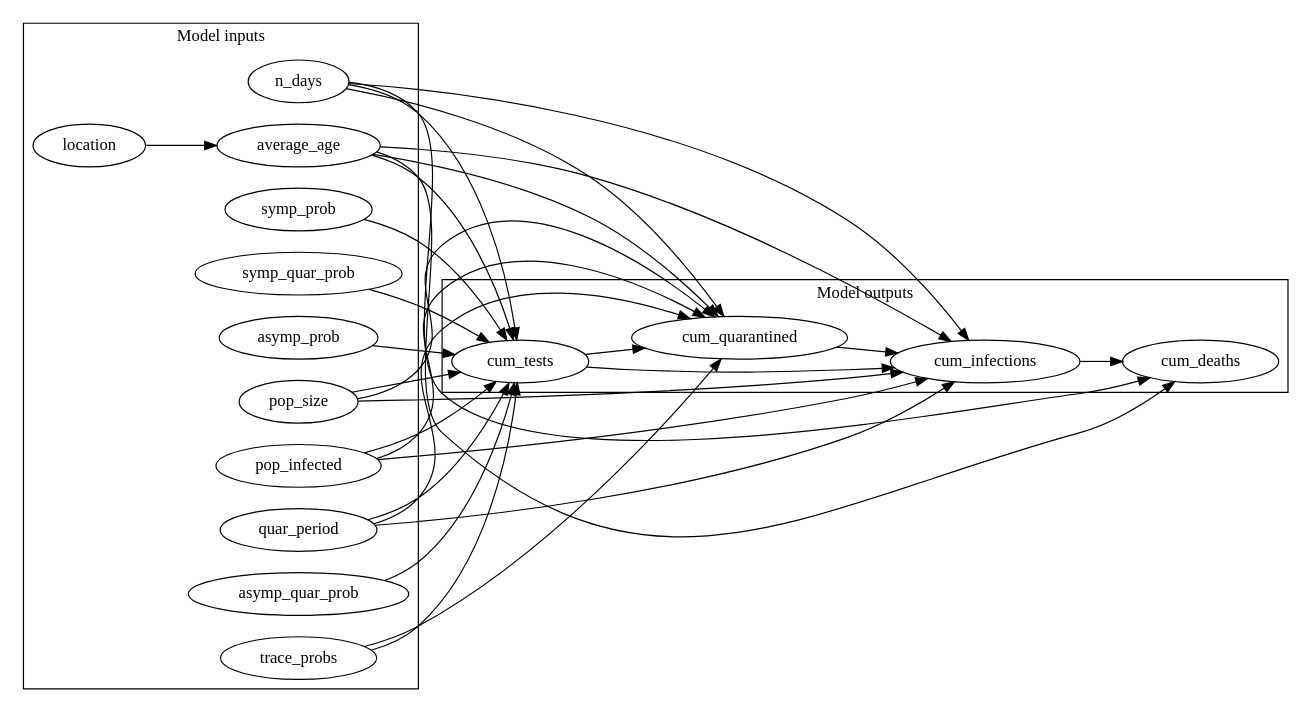
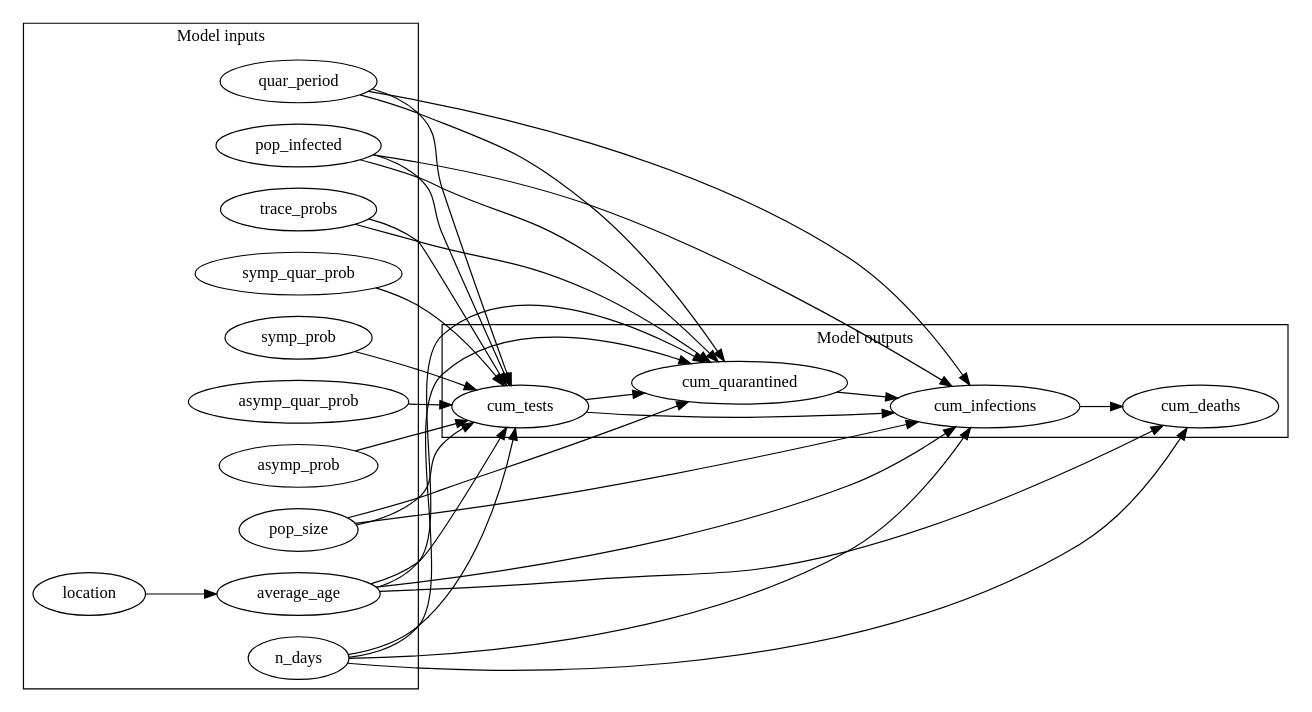
Before and after one commit to CITCOM-project/causcumber: the diagram in scenarios/abstract/dags/compare_interventions_basic.dot, drawn with Graphviz. The commit also changed other lines of this file and 6 other files, not shown here.

```diff
--- a/scenarios/abstract/dags/compare_interventions_basic.dot
+++ b/scenarios/abstract/dags/compare_interventions_basic.dot
@@ -1,54 +1,54 @@
 digraph "" {
 	graph [newrank=True,
 		rankdir=LR
 	];
+	subgraph cluster_inputs {
+		graph [label="Model inputs"];
+		symp_prob;
+		pop_size;
+		asymp_quar_prob;
+		average_age;
+		asymp_prob;
+		location;
+		n_days;
+		pop_infected;
+		symp_quar_prob;
+		quar_period;
+		trace_probs;
+	}
 	subgraph cluster_outputs {
 		graph [label="Model outputs"];
 		cum_deaths;
 		cum_quarantined;
+		cum_tests;
 		cum_infections;
-		cum_tests;
-	}
-	subgraph cluster_inputs {
-		graph [label="Model inputs"];
-		symp_prob;
-		trace_probs;
-		symp_quar_prob;
-		location;
-		asymp_quar_prob;
-		pop_size;
-		pop_infected;
-		quar_period;
-		n_days;
-		asymp_prob;
-		average_age;
 	}
 	symp_prob -> cum_tests;
+	pop_size -> cum_quarantined;
+	pop_size -> cum_tests;
+	pop_size -> cum_infections;
+	asymp_quar_prob -> cum_tests;
+	average_age -> cum_deaths;
+	average_age -> cum_quarantined;
+	average_age -> cum_tests;
+	average_age -> cum_infections;
+	asymp_prob -> cum_tests;
+	location -> average_age;
+	n_days -> cum_deaths;
+	n_days -> cum_quarantined;
+	n_days -> cum_tests;
+	n_days -> cum_infections;
+	pop_infected -> cum_quarantined;
+	pop_infected -> cum_tests;
+	pop_infected -> cum_infections;
+	symp_quar_prob -> cum_tests;
+	quar_period -> cum_quarantined;
+	quar_period -> cum_tests;
+	quar_period -> cum_infections;
 	trace_probs -> cum_quarantined;
 	trace_probs -> cum_tests;
-	symp_quar_prob -> cum_tests;
-	location -> average_age;
-	asymp_quar_prob -> cum_tests;
-	pop_size -> cum_quarantined;
-	pop_size -> cum_infections;
-	pop_size -> cum_tests;
-	pop_infected -> cum_quarantined;
-	pop_infected -> cum_infections;
-	pop_infected -> cum_tests;
-	quar_period -> cum_quarantined;
-	quar_period -> cum_infections;
-	quar_period -> cum_tests;
-	n_days -> cum_deaths;
-	n_days -> cum_quarantined;
-	n_days -> cum_infections;
-	n_days -> cum_tests;
-	asymp_prob -> cum_tests;
-	average_age -> cum_deaths;
-	average_age -> cum_quarantined;
-	average_age -> cum_infections;
-	average_age -> cum_tests;
 	cum_quarantined -> cum_infections;
-	cum_infections -> cum_deaths;
 	cum_tests -> cum_quarantined;
 	cum_tests -> cum_infections;
+	cum_infections -> cum_deaths;
 }
```
